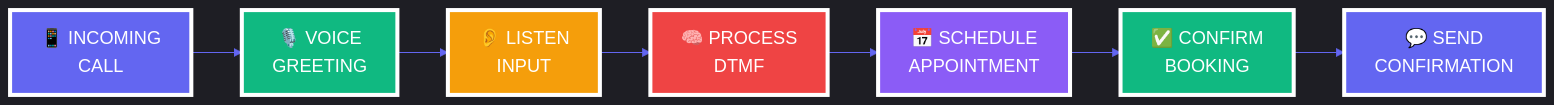
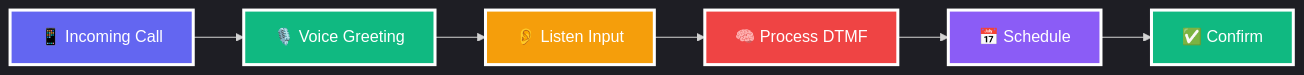
Before and after one commit to AgelessRepublicGame/ai-voice-assistant-appointment-booking: the diagram in README.md, drawn with Mermaid. The commit also changed other lines of this file, not shown here.

````diff
--- a/README.md
+++ b/README.md
@@ -79,18 +37,16 @@
 ```mermaid
-%%{init: {'theme':'dark', 'themeVariables': { 'primaryColor':'#6366F1','secondaryColor':'#10B981','tertiaryColor':'#F59E0B','lineColor':'#6366F1','fontSize':'18px'}}}%%
+%%{init: {'theme':'dark', 'themeVariables': { 'primaryColor':'#6366F1','secondaryColor':'#10B981','tertiaryColor':'#F59E0B'}}}%%
 graph LR
-    A[📱 INCOMING<br/>CALL] --> B[🎙️ VOICE<br/>GREETING]
-    B --> C[👂 LISTEN<br/>INPUT]
-    C --> D[🧠 PROCESS<br/>DTMF]
-    D --> E[📅 SCHEDULE<br/>APPOINTMENT]
-    E --> F[✅ CONFIRM<br/>BOOKING]
-    F --> G[💬 SEND<br/>CONFIRMATION]
+    A[📱 Incoming Call] --> B[🎙️ Voice Greeting]
+    B --> C[👂 Listen Input]
+    C --> D[🧠 Process DTMF]
+    D --> E[📅 Schedule]
+    E --> F[✅ Confirm]
     
-    style A fill:#6366F1,stroke:#fff,stroke-width:4px,color:#fff
-    style B fill:#10B981,stroke:#fff,stroke-width:4px,color:#fff
-    style C fill:#F59E0B,stroke:#fff,stroke-width:4px,color:#fff
-    style D fill:#EF4444,stroke:#fff,stroke-width:4px,color:#fff
-    style E fill:#8B5CF6,stroke:#fff,stroke-width:4px,color:#fff
-    style F fill:#10B981,stroke:#fff,stroke-width:4px,color:#fff
-    style G fill:#6366F1,stroke:#fff,stroke-width:4px,color:#fff
+    style A fill:#6366F1,stroke:#fff,stroke-width:3px,color:#fff
+    style B fill:#10B981,stroke:#fff,stroke-width:3px,color:#fff
+    style C fill:#F59E0B,stroke:#fff,stroke-width:3px,color:#fff
+    style D fill:#EF4444,stroke:#fff,stroke-width:3px,color:#fff
+    style E fill:#8B5CF6,stroke:#fff,stroke-width:3px,color:#fff
+    style F fill:#10B981,stroke:#fff,stroke-width:3px,color:#fff
 ```
````
